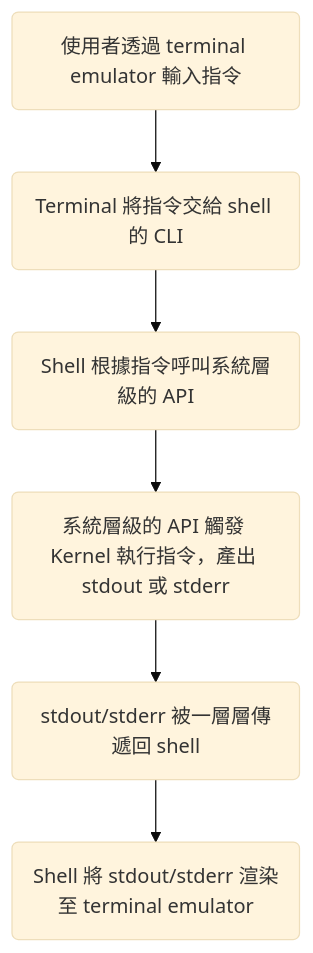
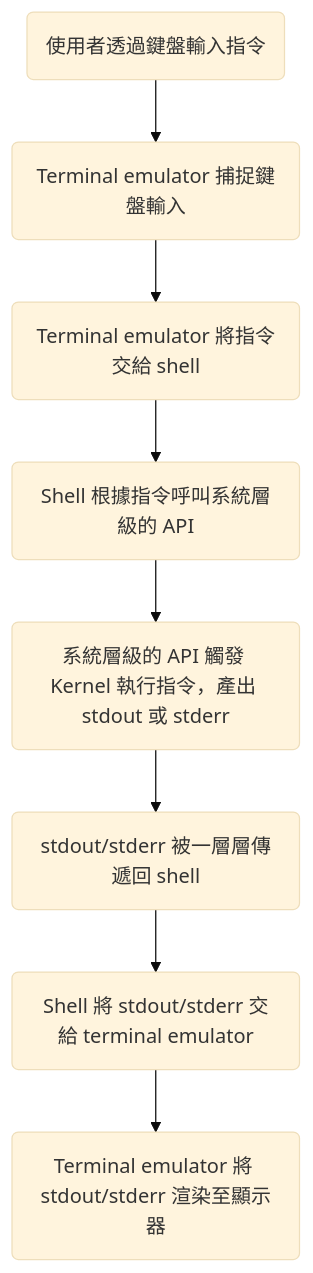
The diagram in Operating System/Shell/Introduction.md (bingyangchen/KM-software), drawn with Mermaid (base theme) before and after one commit. The commit also changed other lines of this file and 23 other files, not shown here.

````diff
--- a/Operating System/Shell/Introduction.md
+++ b/Operating System/Shell/Introduction.md
@@ -40,14 +35,18 @@
 ```mermaid
 flowchart
-    id1("使用者透過 terminal emulator 輸入指令")
-    id2("Terminal 將指令交給 shell 的 CLI")
+    id0("使用者透過鍵盤輸入指令")
+    id1("Terminal emulator 捕捉鍵盤輸入")
+    id2("Terminal emulator 將指令交給 shell")
     id3("Shell 根據指令呼叫系統層級的 API")
     id4("系統層級的 API 觸發 Kernel 執行指令，產出 stdout 或 stderr")
     id5("stdout/stderr 被一層層傳遞回 shell")
-    id6("Shell 將 stdout/stderr 渲染至 terminal emulator")
+    id6("Shell 將 stdout/stderr 交給 terminal emulator")
+    id7("Terminal emulator 將 stdout/stderr 渲染至顯示器")
+    id0 --> id1
     id1 --> id2
     id2 --> id3
     id3 --> id4
     id4 --> id5
     id5 --> id6
+    id6 --> id7
 ```
````
